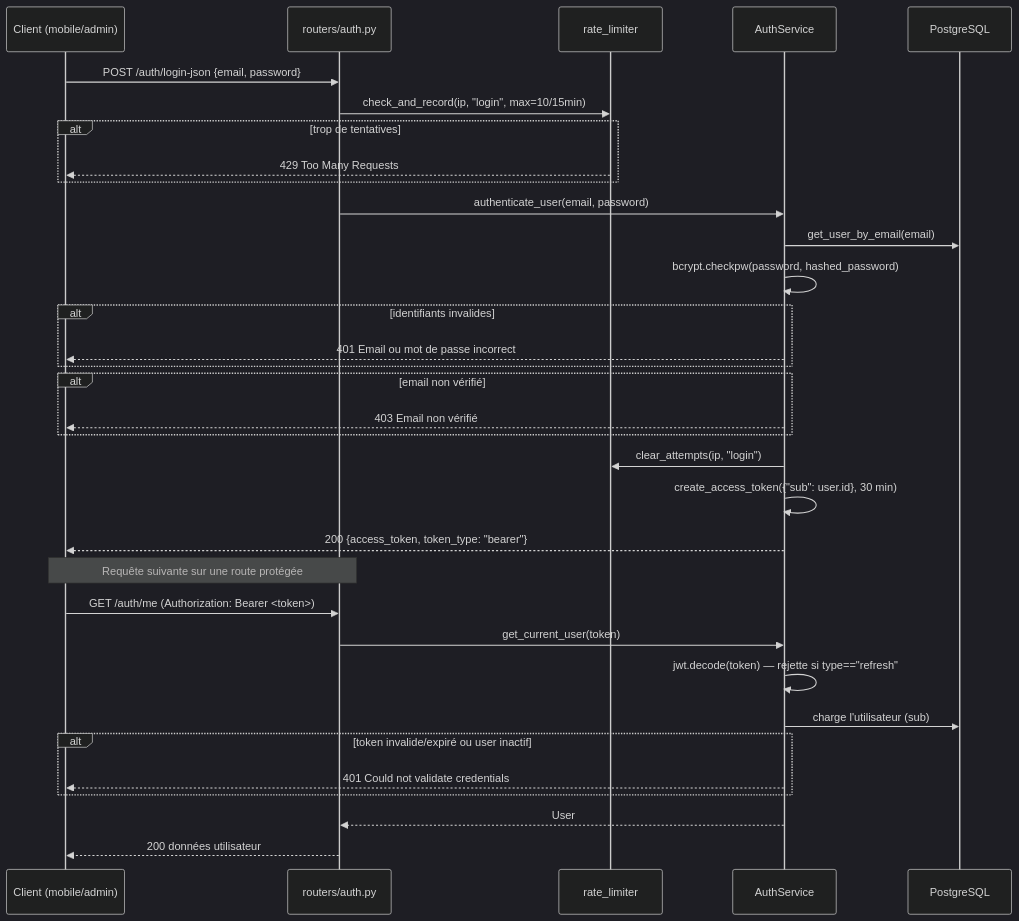
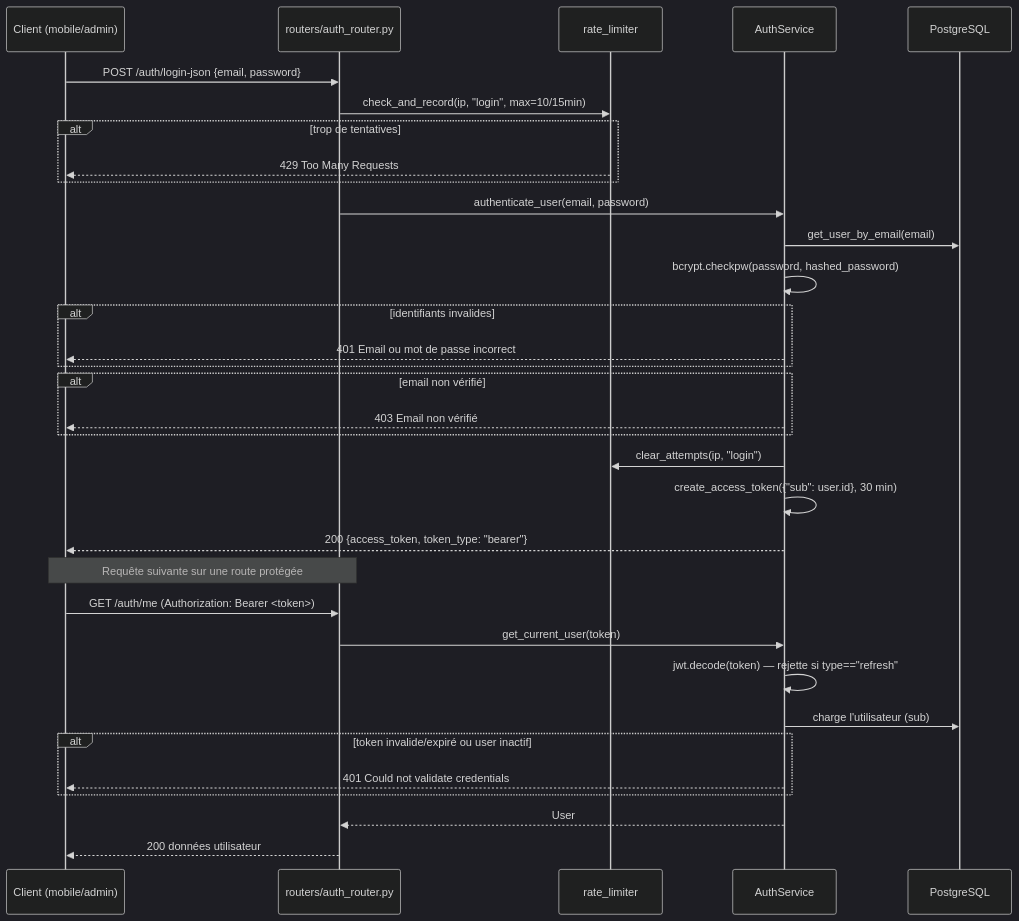
One commit to llCelmarll/Bibliotheque2 changed the second of 4 diagrams in docs/ARCHITECTURE.md. Above: the diagram before and after it, drawn with Mermaid (dark theme). The commit also changed other lines of this file and 171 other files, not shown here.

First line of the commit message:
refactor(backend): suffixer les fichiers models/routers/schemas par couche

````diff
--- a/docs/ARCHITECTURE.md
+++ b/docs/ARCHITECTURE.md
@@ -48,37 +48,37 @@
 ```mermaid
 sequenceDiagram
     participant C as Client (mobile/admin)
-    participant R as routers/auth.py
+    participant R as routers/auth_router.py
     participant RL as rate_limiter
     participant S as AuthService
     participant DB as PostgreSQL
 
     C->>R: POST /auth/login-json {email, password}
     R->>RL: check_and_record(ip, "login", max=10/15min)
     alt trop de tentatives
         RL-->>C: 429 Too Many Requests
     end
     R->>S: authenticate_user(email, password)
     S->>DB: get_user_by_email(email)
     S->>S: bcrypt.checkpw(password, hashed_password)
     alt identifiants invalides
         S-->>C: 401 Email ou mot de passe incorrect
     end
     alt email non vérifié
         S-->>C: 403 Email non vérifié
     end
     S->>RL: clear_attempts(ip, "login")
     S->>S: create_access_token({"sub": user.id}, 30 min)
     S-->>C: 200 {access_token, token_type: "bearer"}
 
     Note over C,R: Requête suivante sur une route protégée
     C->>R: GET /auth/me (Authorization: Bearer <token>)
     R->>S: get_current_user(token)
     S->>S: jwt.decode(token) — rejette si type=="refresh"
     S->>DB: charge l'utilisateur (sub)
     alt token invalide/expiré ou user inactif
         S-->>C: 401 Could not validate credentials
     end
     S-->>R: User
     R-->>C: 200 données utilisateur
 ```
````
